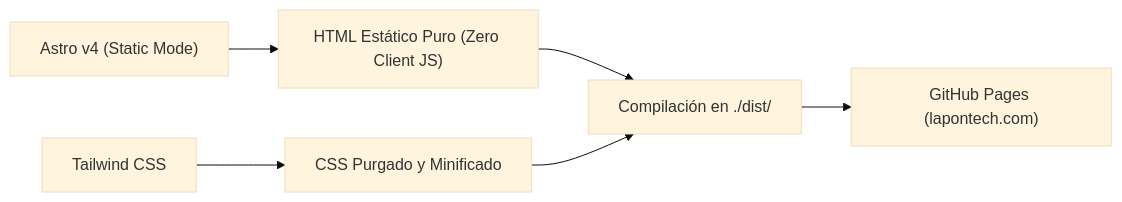
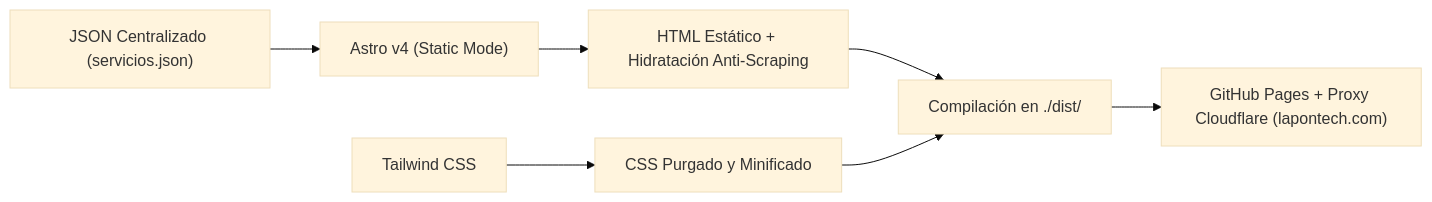
One commit to kevinPoncema/LaPon-solutions changed the diagram in docs/05-arquitectura-tecnica-y-seo.md. Above: the diagram before and after it, drawn with Mermaid (base theme). The commit also changed other lines of this file and 8 other files, not shown here.

Commit message:
docs: update context and documentation for white-label agencies, GEO, and anti-scraping security

````diff
--- a/docs/05-arquitectura-tecnica-y-seo.md
+++ b/docs/05-arquitectura-tecnica-y-seo.md
@@ -11,8 +9,9 @@
 ```mermaid
 graph LR
-    A["Astro v4 (Static Mode)"] --> B["HTML Estático Puro (Zero Client JS)"]
+    A["Astro v4 (Static Mode)"] --> B["HTML Estático + Hidratación Anti-Scraping"]
     C["Tailwind CSS"] --> D["CSS Purgado y Minificado"]
-    B --> E["Compilación en ./dist/"]
-    D --> E
-    E --> F["GitHub Pages (lapontech.com)"]
+    E["JSON Centralizado (servicios.json)"] --> A
+    B --> F["Compilación en ./dist/"]
+    D --> F
+    F --> G["GitHub Pages + Proxy Cloudflare (lapontech.com)"]
 ```
````
